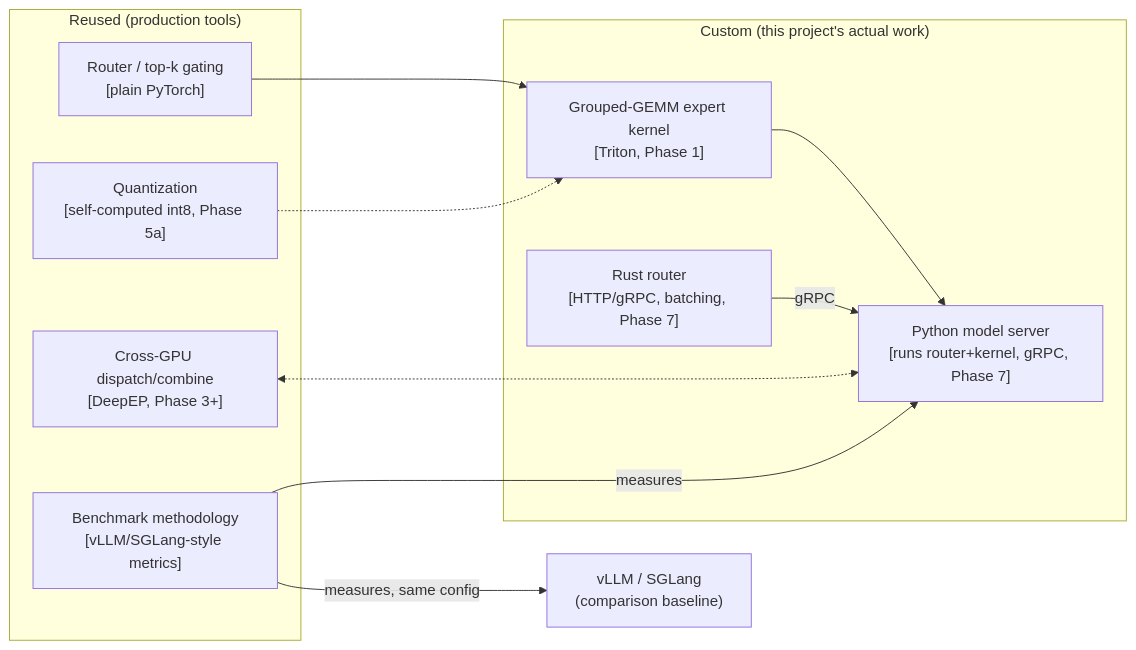
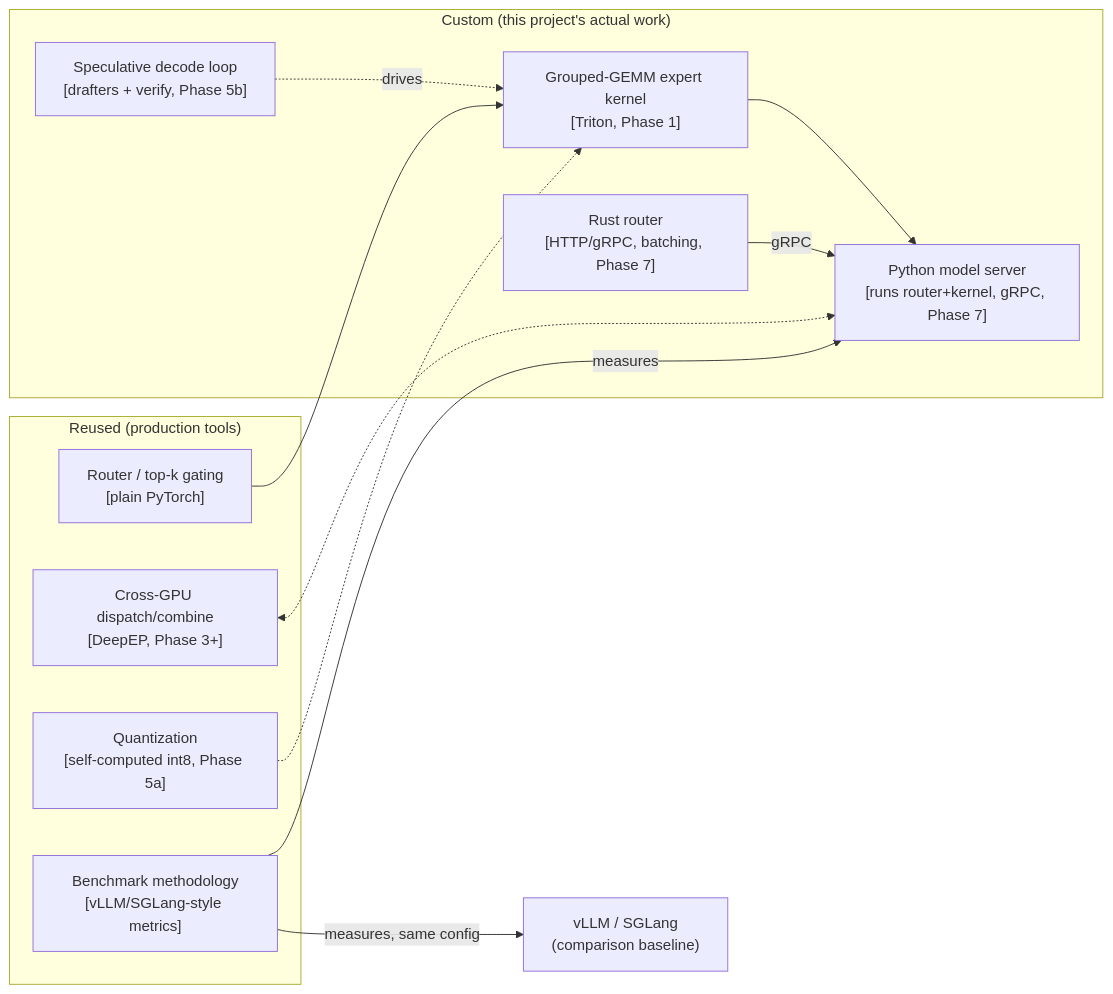
Before and after one commit to bsreecharanreddy/dispatch: the diagram in README.md, drawn with Mermaid. The commit also changed other lines of this file and 3 other files, not shown here.

````diff
--- a/README.md
+++ b/README.md
@@ -117,22 +126,24 @@
 ```mermaid
 flowchart LR
     subgraph reused["Reused (production tools)"]
         R["Router / top-k gating\n[plain PyTorch]"]
         D["Cross-GPU dispatch/combine\n[DeepEP, Phase 3+]"]
         Q["Quantization\n[self-computed int8, Phase 5a]"]
         B["Benchmark methodology\n[vLLM/SGLang-style metrics]"]
     end
 
     subgraph custom["Custom (this project's actual work)"]
         K["Grouped-GEMM expert kernel\n[Triton, Phase 1]"]
+        SD["Speculative decode loop\n[drafters + verify, Phase 5b]"]
         RT["Rust router\n[HTTP/gRPC, batching, Phase 7]"]
         MS["Python model server\n[runs router+kernel, gRPC, Phase 7]"]
     end
 
     R --> K --> MS
     RT -->|gRPC| MS
     D <-.-> MS
     Q -.-> K
+    SD -.->|drives| K
     B -->|measures| MS
     B -->|measures, same config| V["vLLM / SGLang\n(comparison baseline)"]
 ```
````
